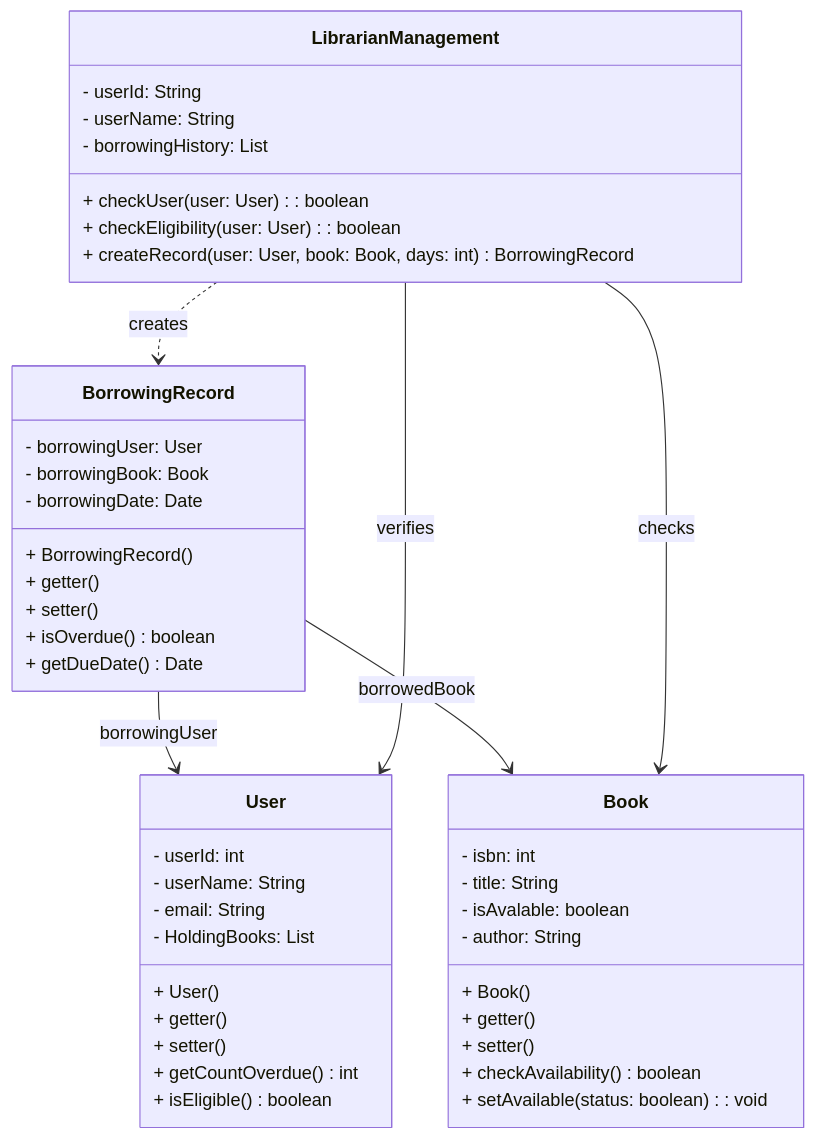
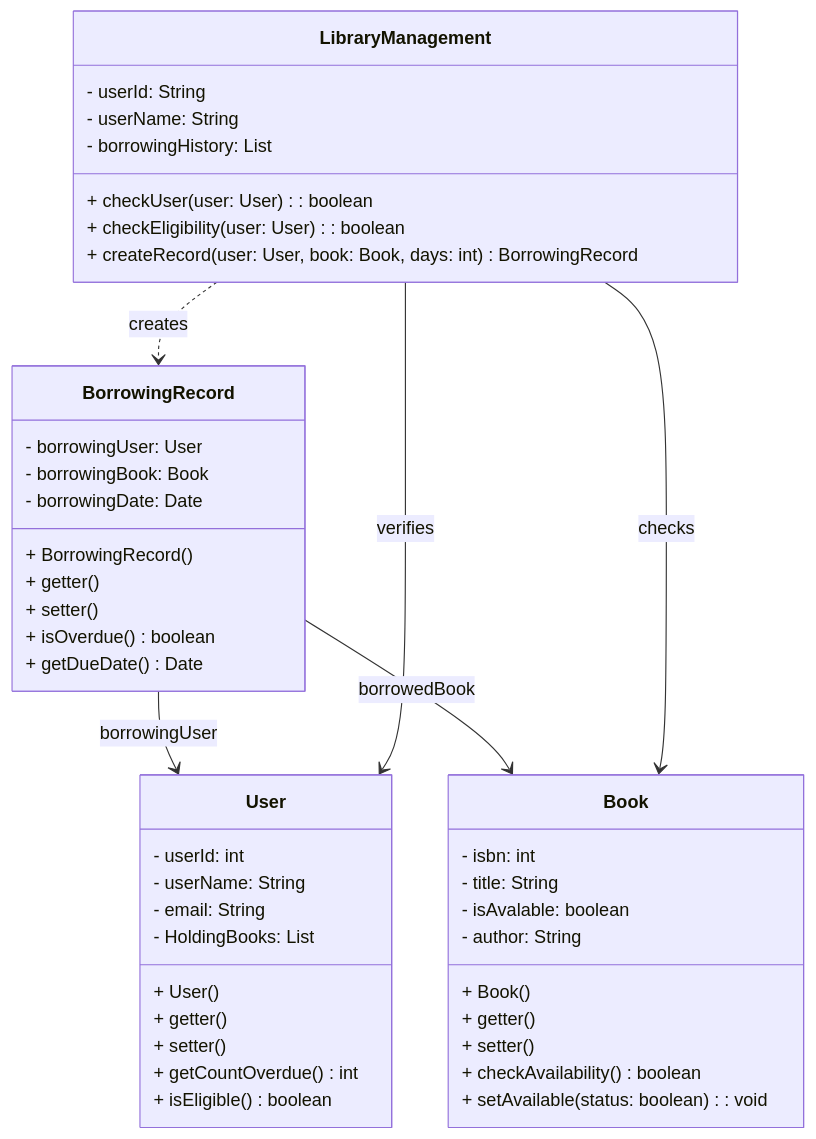
Before and after one commit to ngsang149dev/CIT-EIU: the diagram in CSE203/Lab1/Problem5/Library.mmd, drawn with Mermaid. The commit also changed 17 other files, not shown here.

```diff
--- a/CSE203/Lab1/Problem5/Library.mmd
+++ b/CSE203/Lab1/Problem5/Library.mmd
@@ -1,50 +1,50 @@
 classDiagram 
     class User {
         - userId: int 
         - userName: String
         - email: String
         - HoldingBooks: List<Book>
         + User()
         + getter()
         + setter()
         + getCountOverdue() int
         + isEligible() boolean 
     }
 
     class Book {
         - isbn: int 
         - title: String
         - isAvalable: boolean
         - author: String
         + Book()
         + getter()
         + setter()
         + checkAvailability() boolean
         + setAvailable(status: boolean): void
     }
 
     class BorrowingRecord {
         - borrowingUser: User
         - borrowingBook: Book 
         - borrowingDate: Date
         + BorrowingRecord()
         + getter()
         + setter()
         + isOverdue() boolean
         + getDueDate() Date
     }
 
-    class LibrarianManagement {
+    class LibraryManagement {
         - userId: String
         - userName: String
         - borrowingHistory: List
         + checkUser(user: User): boolean
         + checkEligibility(user: User): boolean
         + createRecord(user: User, book: Book, days: int) BorrowingRecord
     }
 
     BorrowingRecord --> User: borrowingUser
     BorrowingRecord --> Book: borrowedBook
-    LibrarianManagement ..> BorrowingRecord: creates
-    LibrarianManagement --> User : verifies
-    LibrarianManagement --> Book : checks
+    LibraryManagement ..> BorrowingRecord: creates
+    LibraryManagement --> User : verifies
+    LibraryManagement --> Book : checks
```
